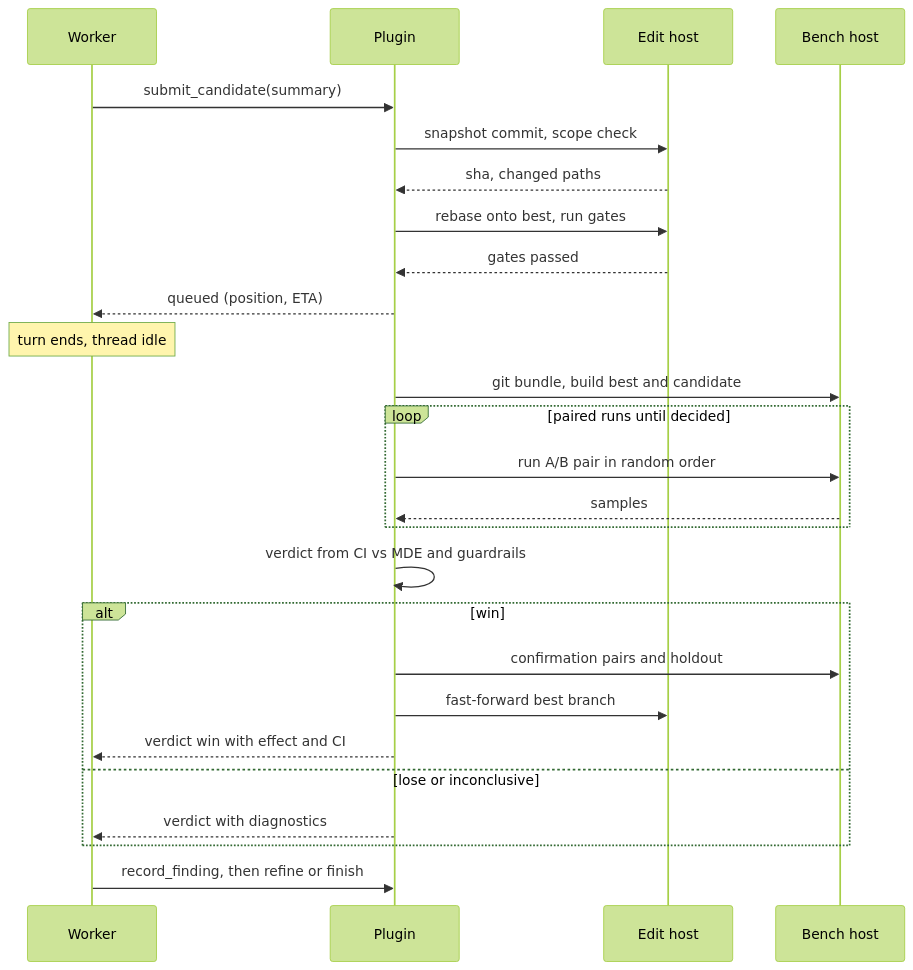
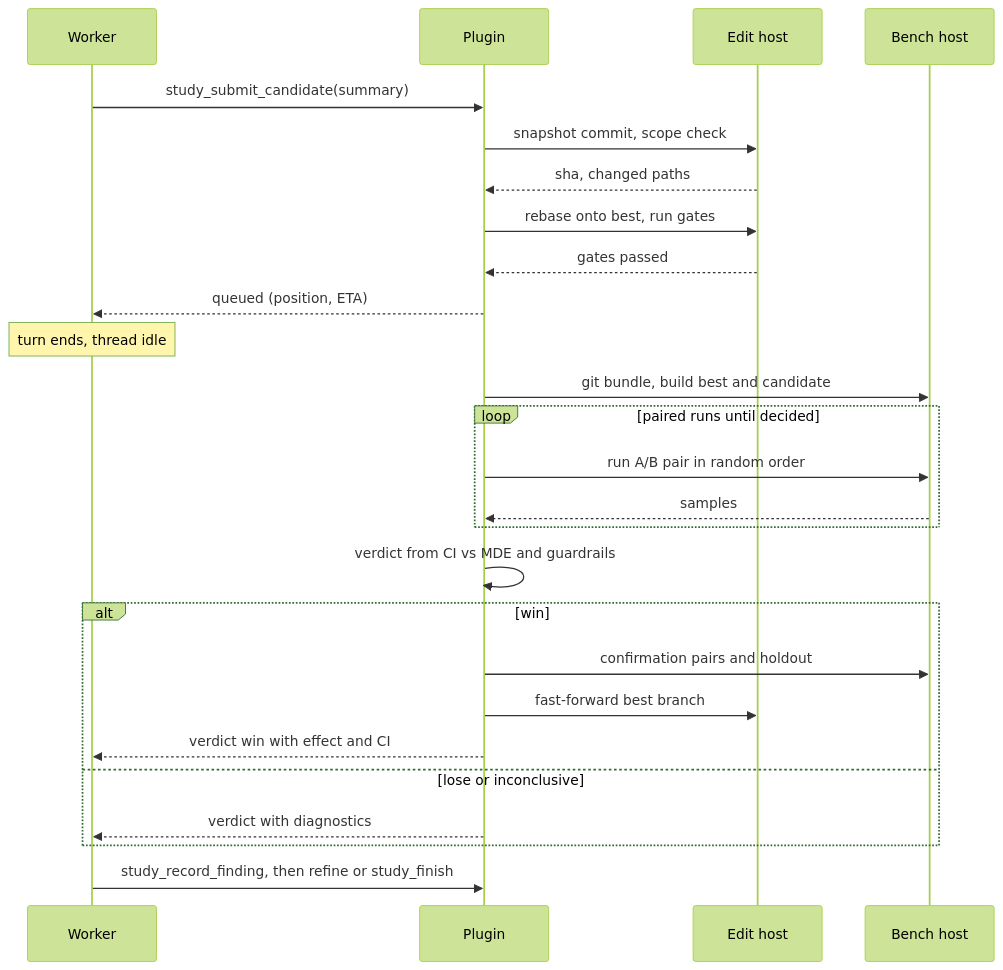
The third of 3 diagrams in docs/design.md (pascal-de-ladurantaye/bb-autoresearch), drawn with Mermaid (forest theme) before and after one commit. The commit also changed other lines of this file and 54 other files, not shown here.

````diff
--- a/docs/design.md
+++ b/docs/design.md
@@ -143,28 +143,28 @@
 ```mermaid
 sequenceDiagram
   participant W as Worker
   participant P as Plugin
   participant E as Edit host
   participant B as Bench host
-  W->>P: submit_candidate(summary)
+  W->>P: study_submit_candidate(summary)
   P->>E: snapshot commit, scope check
   E-->>P: sha, changed paths
   P->>E: rebase onto best, run gates
   E-->>P: gates passed
   P-->>W: queued (position, ETA)
   Note over W: turn ends, thread idle
   P->>B: git bundle, build best and candidate
   loop paired runs until decided
     P->>B: run A/B pair in random order
     B-->>P: samples
   end
   P->>P: verdict from CI vs MDE and guardrails
   alt win
     P->>B: confirmation pairs and holdout
     P->>E: fast-forward best branch
     P-->>W: verdict win with effect and CI
   else lose or inconclusive
     P-->>W: verdict with diagnostics
   end
-  W->>P: record_finding, then refine or finish
+  W->>P: study_record_finding, then refine or study_finish
 ```
````
